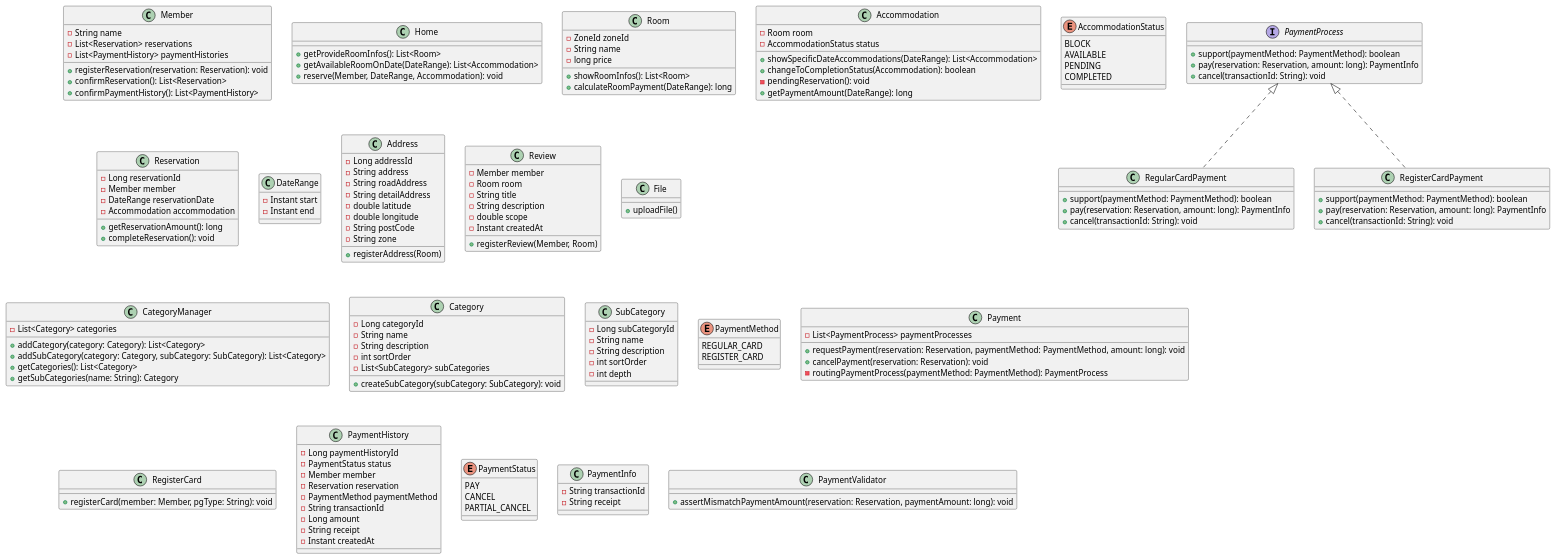
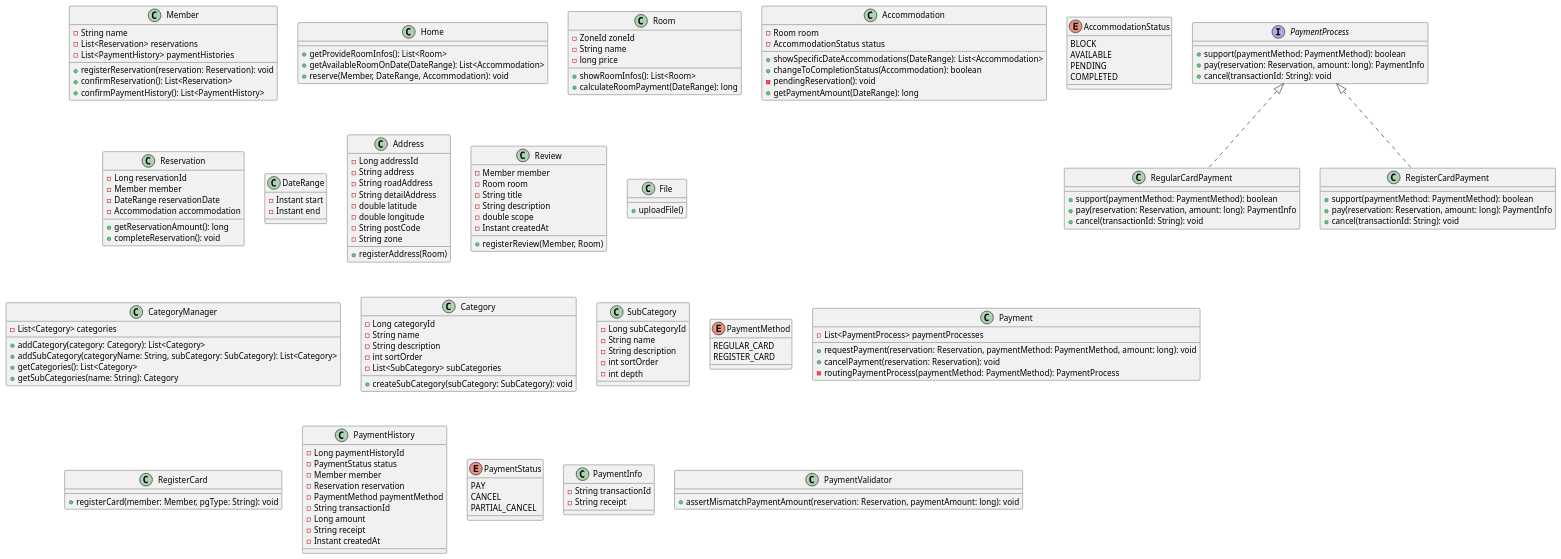
One commit to f-lab-edu/room-reservation-service changed the diagram in class-diagram.puml. Above: the diagram before and after it, drawn with PlantUML. The commit also changed 2 other files, not shown here.

```diff
--- a/class-diagram.puml
+++ b/class-diagram.puml
@@ -1,167 +1,167 @@
 @startuml
 class Member {
   -String name
   -List<Reservation> reservations
   -List<PaymentHistory> paymentHistories
   +registerReservation(reservation: Reservation): void
   +confirmReservation(): List<Reservation>
   +confirmPaymentHistory(): List<PaymentHistory>
 }
 
 class Home {
   +getProvideRoomInfos(): List<Room>
   +getAvailableRoomOnDate(DateRange): List<Accommodation>
   +reserve(Member, DateRange, Accommodation): void
 }
 
 class Room {
   -ZoneId zoneId
   -String name
   -long price
   +showRoomInfos(): List<Room>
   +calculateRoomPayment(DateRange): long
 }
 
 class Accommodation {
   -Room room
   -AccommodationStatus status
   +showSpecificDateAccommodations(DateRange): List<Accommodation>
   +changeToCompletionStatus(Accommodation): boolean
   -pendingReservation(): void
   +getPaymentAmount(DateRange): long
 }
 
 enum AccommodationStatus {
   BLOCK
   AVAILABLE
   PENDING
   COMPLETED
 }
 
 class Reservation {
   -Long reservationId
   -Member member
   -DateRange reservationDate
   -Accommodation accommodation
   +getReservationAmount(): long
   +completeReservation(): void
 }
 
 class DateRange {
   -Instant start
   -Instant end
 }
 
 class Address {
   -Long addressId
   -String address
   -String roadAddress
   -String detailAddress
   -double latitude
   -double longitude
   -String postCode
   -String zone
   +registerAddress(Room)
 }
 
 class Review {
   -Member member
   -Room room
   -String title
   -String description
   -double scope
   -Instant createdAt
   +registerReview(Member, Room)
 }
 
 class File {
   +uploadFile()
 }
 
 class CategoryManager {
   -List<Category> categories
   +addCategory(category: Category): List<Category>
-  +addSubCategory(category: Category, subCategory: SubCategory): List<Category>
+  +addSubCategory(categoryName: String, subCategory: SubCategory): List<Category>
   +getCategories(): List<Category>
   +getSubCategories(name: String): Category
 }
 
 class Category {
   -Long categoryId
   -String name
   -String description
   -int sortOrder
   -List<SubCategory> subCategories
   +createSubCategory(subCategory: SubCategory): void
 }
 
 class SubCategory {
   -Long subCategoryId
   -String name
   -String description
   -int sortOrder
   -int depth
 }
 
 enum PaymentMethod {
   REGULAR_CARD
   REGISTER_CARD
 }
 
 class Payment {
  -List<PaymentProcess> paymentProcesses
  +requestPayment(reservation: Reservation, paymentMethod: PaymentMethod, amount: long): void
  +cancelPayment(reservation: Reservation): void
  -routingPaymentProcess(paymentMethod: PaymentMethod): PaymentProcess
 }
 
 class RegisterCard {
  +registerCard(member: Member, pgType: String): void
 }
 
 interface PaymentProcess {
  +support(paymentMethod: PaymentMethod): boolean
  +pay(reservation: Reservation, amount: long): PaymentInfo
  +cancel(transactionId: String): void
 }
 
 class RegularCardPayment implements PaymentProcess {
  +support(paymentMethod: PaymentMethod): boolean
  +pay(reservation: Reservation, amount: long): PaymentInfo
  +cancel(transactionId: String): void
 }
 
 class RegisterCardPayment implements PaymentProcess  {
  +support(paymentMethod: PaymentMethod): boolean
  +pay(reservation: Reservation, amount: long): PaymentInfo
  +cancel(transactionId: String): void
 }
 
 class PaymentHistory {
  -Long paymentHistoryId
  -PaymentStatus status
  -Member member
  -Reservation reservation
  -PaymentMethod paymentMethod
  -String transactionId
  -Long amount
  -String receipt
  -Instant createdAt
 }
 
 enum PaymentStatus {
  PAY
  CANCEL
  PARTIAL_CANCEL
 }
 
 class PaymentInfo {
  -String transactionId
  -String receipt
 }
 
 class PaymentValidator {
  +assertMismatchPaymentAmount(reservation: Reservation, paymentAmount: long): void
 }
 
 @enduml
```
